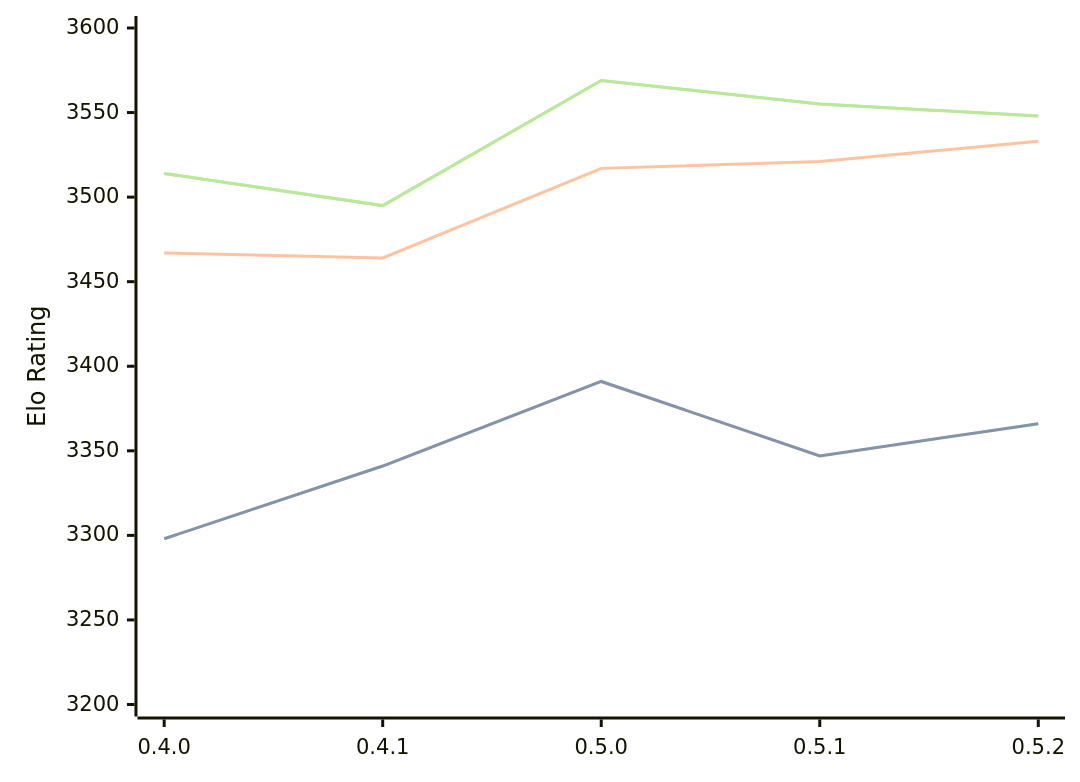
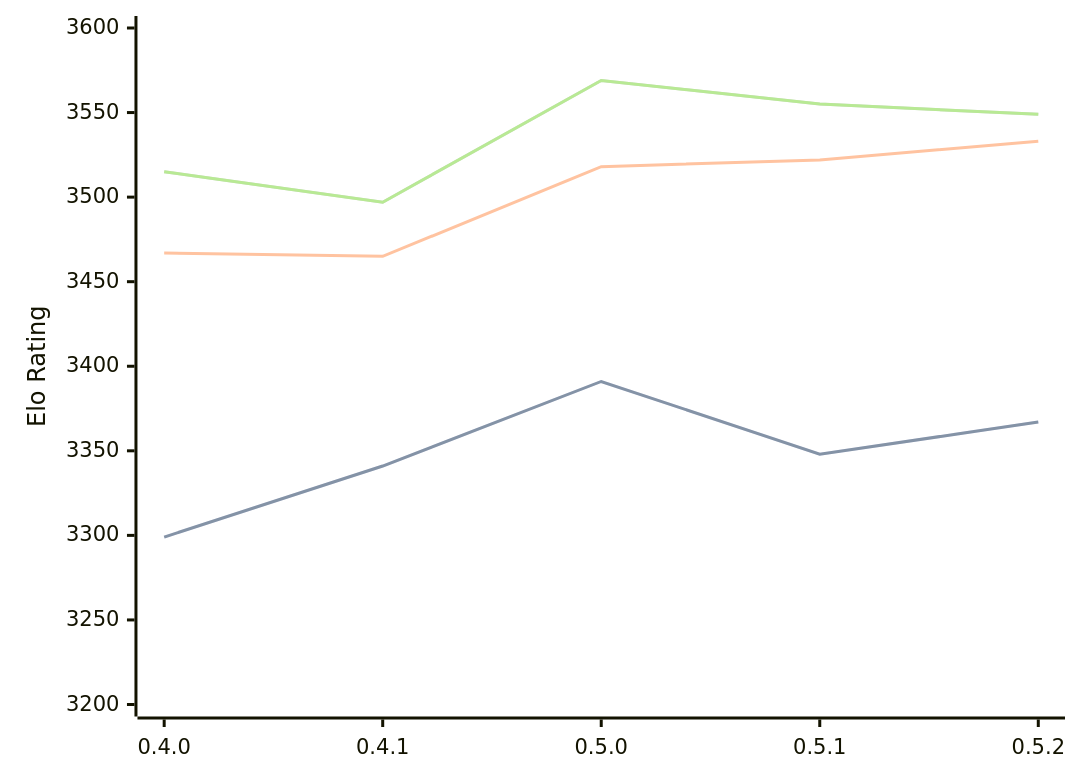
The diagram in engines/Cinder.md (computer-chess-index/cci), drawn with Mermaid before and after one commit. The commit also changed other lines of this file, not shown here.

Commit message:
Update CCI Ratings (ELO VLTC) - 2026-08-05

````diff
--- a/engines/Cinder.md
+++ b/engines/Cinder.md
@@ -43,11 +43,11 @@
 ```mermaid
 %%{init: {"theme":"base","themeVariables":{"seriesColors:['#a3a3a3','#222221','#faa371']}}}%%
 xychart-beta
   x-axis ["0.4.0", "0.4.1", "0.5.0", "0.5.1", "0.5.2"]
   y-axis "Elo Rating" 3200 --> 3600
-  line "STC (8.0+0.08s)" [3298, 3341, 3391, 3347, 3366]
-  line "STC (8.0+0.08s)" [3298, 3341, 3391, 3347, 3366]
-  line "LTC (60.0+0.60s)" [3467, 3464, 3517, 3521, 3533]
-  line "VLTC (2m24s+1.12s)" [3514, 3495, 3569, 3555, 3548]
-  line "VLTC (2m24s+1.12s)" [3514, 3495, 3569, 3555, 3548]
+  line "STC (8.0+0.08s)" [3299, 3341, 3391, 3348, 3367]
+  line "STC (8.0+0.08s)" [3299, 3341, 3391, 3348, 3367]
+  line "LTC (60.0+0.60s)" [3467, 3465, 3518, 3522, 3533]
+  line "VLTC (2m24s+1.12s)" [3515, 3497, 3569, 3555, 3549]
+  line "VLTC (2m24s+1.12s)" [3515, 3497, 3569, 3555, 3549]
 ```
````
